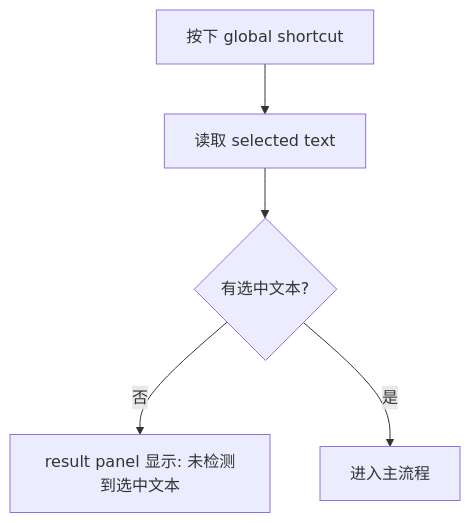
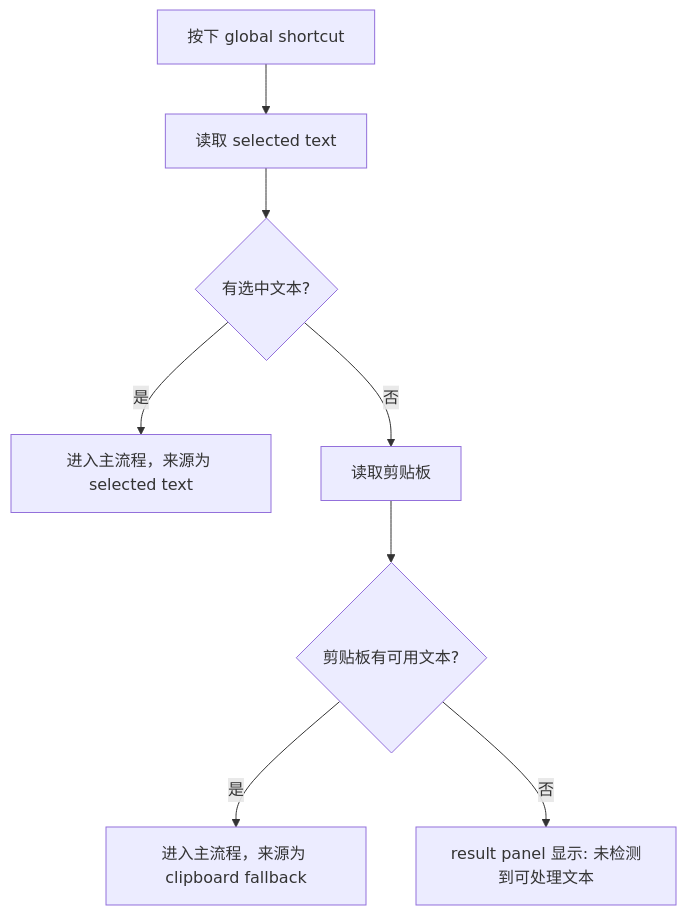
One commit to SaneHe/mac-tools changed the third of 6 diagrams in docs/interaction/mac-text-actions-interaction-flow.md. Above: the diagram before and after it, drawn with Mermaid. The commit also changed other lines of this file and 13 other files, not shown here.

````diff
--- a/docs/interaction/mac-text-actions-interaction-flow.md
+++ b/docs/interaction/mac-text-actions-interaction-flow.md
@@ -45,7 +57,10 @@
 ```mermaid
 flowchart TD
     A["按下 global shortcut"] --> B["读取 selected text"]
     B --> C{"有选中文本?"}
-    C -- "否" --> D["result panel 显示: 未检测到选中文本"]
-    C -- "是" --> E["进入主流程"]
+    C -- "是" --> D["进入主流程，来源为 selected text"]
+    C -- "否" --> E["读取剪贴板"]
+    E --> F{"剪贴板有可用文本?"}
+    F -- "是" --> G["进入主流程，来源为 clipboard fallback"]
+    F -- "否" --> H["result panel 显示: 未检测到可处理文本"]
 ```
````
